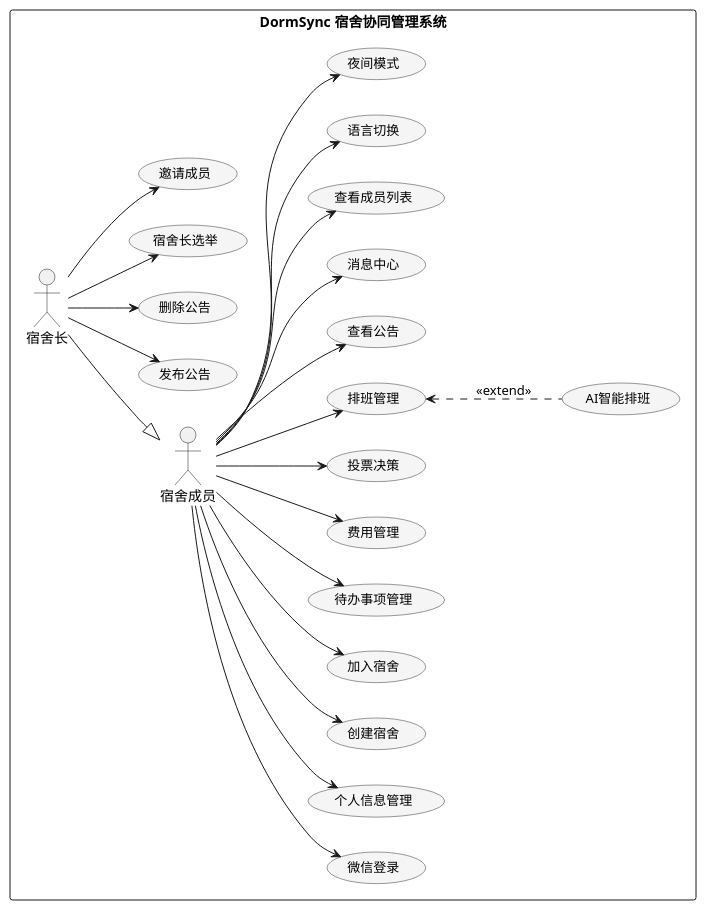
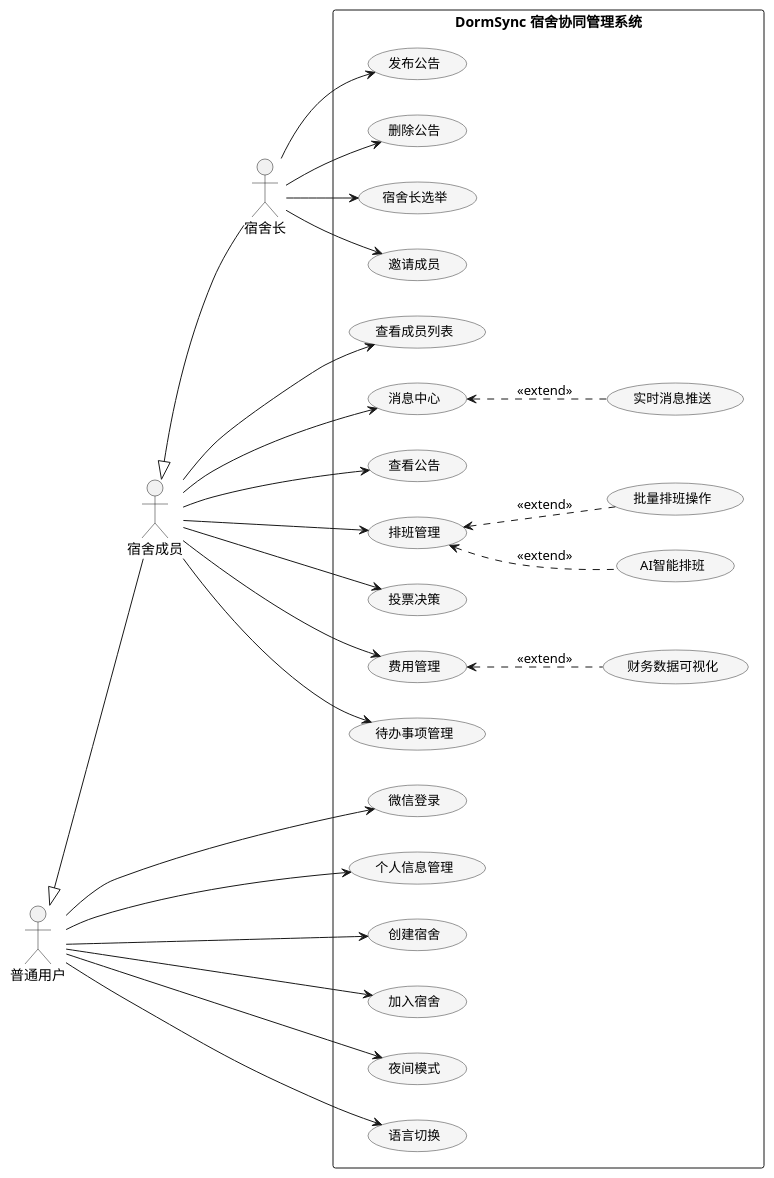
Before and after one commit to abcdaa12/test: the diagram in diagrams/用例图.puml, drawn with PlantUML. The commit also changed 35 other files, not shown here.

```diff
--- a/diagrams/用例图.puml
+++ b/diagrams/用例图.puml
@@ -1,60 +1,71 @@
 @startuml
 left to right direction
 skinparam packageStyle rectangle
 skinparam usecase {
   BackgroundColor #F5F5F5
   BorderColor #333333
   FontSize 13
 }
 skinparam actor {
   FontSize 14
 }
 
+actor "普通用户" as user
+actor "宿舍成员" as member
+actor "宿舍长" as leader
+
 rectangle "DormSync 宿舍协同管理系统" {
-  actor "宿舍成员" as member
-  actor "宿舍长" as leader
-
   usecase "微信登录" as UC1
   usecase "个人信息管理" as UC2
   usecase "创建宿舍" as UC3
   usecase "加入宿舍" as UC4
+  usecase "夜间模式" as UC13
+  usecase "语言切换" as UC12
+
+  usecase "查看成员列表" as UC11
+  usecase "消息中心" as UC10
+  usecase "查看公告" as UC9
+  usecase "排班管理" as UC8
+  usecase "投票决策" as UC7
+  usecase "费用管理" as UC6
   usecase "待办事项管理" as UC5
-  usecase "费用管理" as UC6
-  usecase "投票决策" as UC7
-  usecase "排班管理" as UC8
-  usecase "查看公告" as UC9
-  usecase "消息中心" as UC10
-  usecase "查看成员列表" as UC11
-  usecase "语言切换" as UC12
-  usecase "夜间模式" as UC13
 
   usecase "发布公告" as UC14
   usecase "删除公告" as UC15
   usecase "宿舍长选举" as UC16
   usecase "邀请成员" as UC17
+
   usecase "AI智能排班" as UC18
-
-  member --> UC1
-  member --> UC2
-  member --> UC3
-  member --> UC4
-  member --> UC5
-  member --> UC6
-  member --> UC7
-  member --> UC8
-  member --> UC9
-  member --> UC10
-  member --> UC11
-  member --> UC12
-  member --> UC13
-
-  leader --|> member
-
-  leader --> UC14
-  leader --> UC15
-  leader --> UC16
-  leader --> UC17
+  usecase "批量排班操作" as UC19
+  usecase "财务数据可视化" as UC20
+  usecase "实时消息推送" as UC21
 
   UC8 <.. UC18 : <<extend>>
+  UC8 <.. UC19 : <<extend>>
+  UC6 <.. UC20 : <<extend>>
+  UC10 <.. UC21 : <<extend>>
 }
+
+member -up-|> user
+leader -up-|> member
+
+user --> UC1
+user --> UC2
+user --> UC3
+user --> UC4
+user --> UC13
+user --> UC12
+
+member --> UC11
+member --> UC10
+member --> UC9
+member --> UC8
+member --> UC7
+member --> UC6
+member --> UC5
+
+leader --> UC14
+leader --> UC15
+leader --> UC16
+leader --> UC17
 @enduml
```
